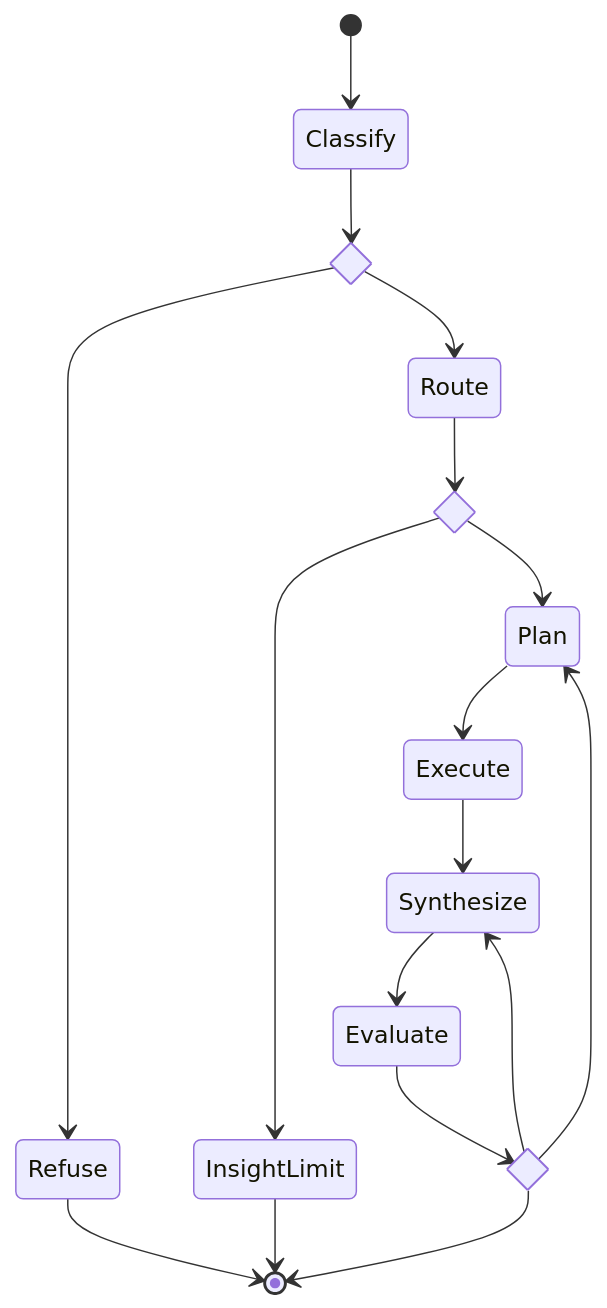
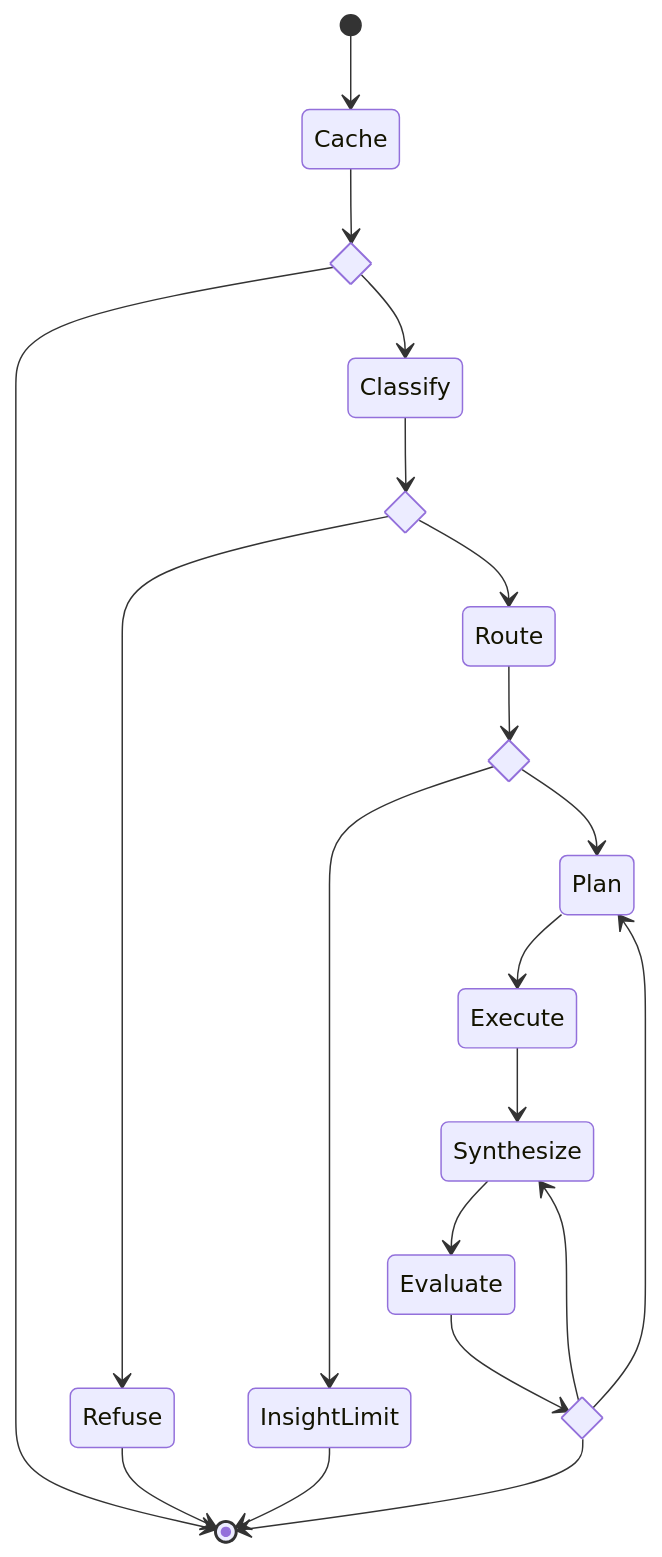
The diagram in README.md (ukceh-rse/serka), drawn with Mermaid before and after one commit. The commit also changed other lines of this file and 110 other files, not shown here.

````diff
--- a/README.md
+++ b/README.md
@@ -49,31 +67,36 @@
 ```mermaid
 stateDiagram-v2
+  Cache
+  state cache_decision <<choice>>
   Classify
   state decision <<choice>>
   Refuse
   Route
   state route_decision <<choice>>
   InsightLimit
   Plan
   Execute
   Synthesize
   Evaluate
   state decision_2 <<choice>>
 
-  [*] --> Classify
+  [*] --> Cache
+  Cache --> cache_decision
+  cache_decision --> [*]
+  cache_decision --> Classify
   Classify --> decision
   decision --> Refuse
   decision --> Route
   Refuse --> [*]
   Route --> route_decision
   route_decision --> InsightLimit
   route_decision --> Plan
   InsightLimit --> [*]
   Plan --> Execute
   Execute --> Synthesize
   Synthesize --> Evaluate
   Evaluate --> decision_2
   decision_2 --> Plan
   decision_2 --> [*]
   decision_2 --> Synthesize
 ```
````
